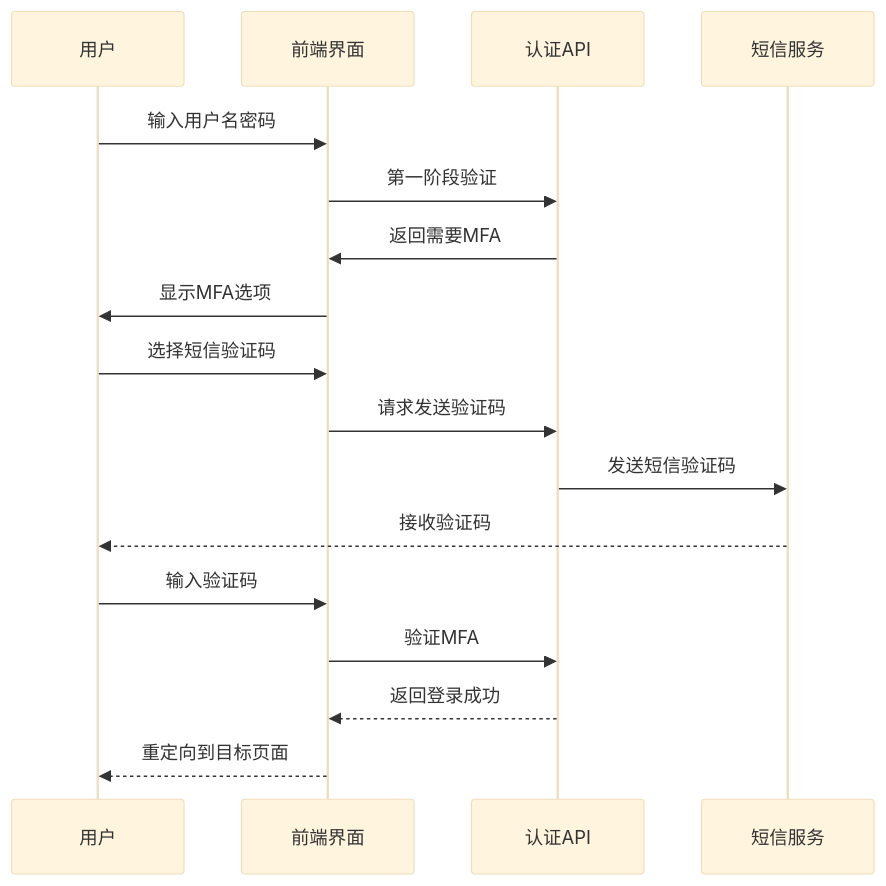
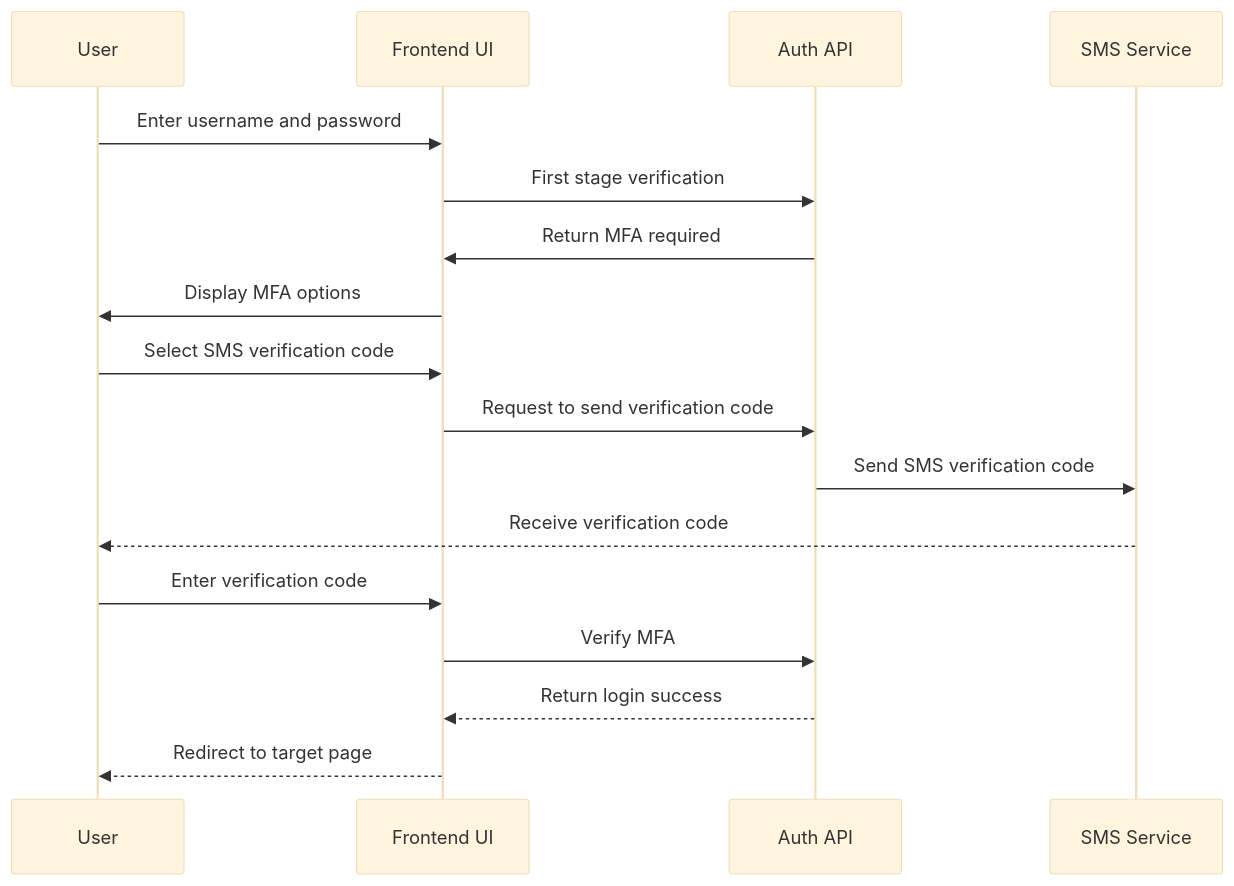
Before and after one commit to aether-go/skills: the second of 2 diagrams in skills/requirements-to-code-docs/SKILL.md, drawn with Mermaid (base theme). The commit also changed other lines of this file and 13 other files, not shown here.

````diff
--- a/skills/requirements-to-code-docs/SKILL.md
+++ b/skills/requirements-to-code-docs/SKILL.md
@@ -308,22 +384,22 @@
 ```mermaid
 sequenceDiagram
-    participant User as 用户
-    participant UI as 前端界面
-    participant API as 认证API
-    participant SMS as 短信服务
+    participant User as User
+    participant UI as Frontend UI
+    participant API as Auth API
+    participant SMS as SMS Service
     
-    User->>UI: 输入用户名密码
-    UI->>API: 第一阶段验证
-    API->>UI: 返回需要MFA
+    User->>UI: Enter username and password
+    UI->>API: First stage verification
+    API->>UI: Return MFA required
     
-    UI->>User: 显示MFA选项
-    User->>UI: 选择短信验证码
-    UI->>API: 请求发送验证码
-    API->>SMS: 发送短信验证码
-    SMS-->>User: 接收验证码
+    UI->>User: Display MFA options
+    User->>UI: Select SMS verification code
+    UI->>API: Request to send verification code
+    API->>SMS: Send SMS verification code
+    SMS-->>User: Receive verification code
     
-    User->>UI: 输入验证码
-    UI->>API: 验证MFA
-    API-->>UI: 返回登录成功
-    UI-->>User: 重定向到目标页面
+    User->>UI: Enter verification code
+    UI->>API: Verify MFA
+    API-->>UI: Return login success
+    UI-->>User: Redirect to target page
 ```
````
